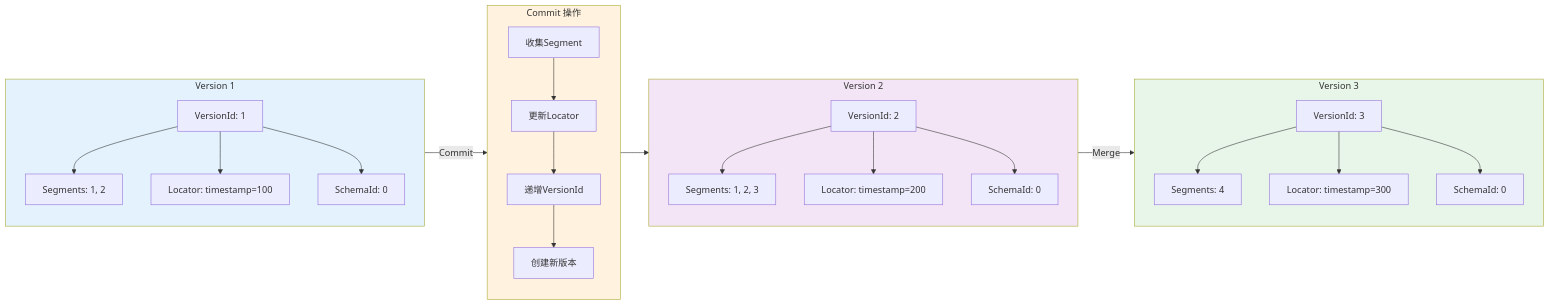
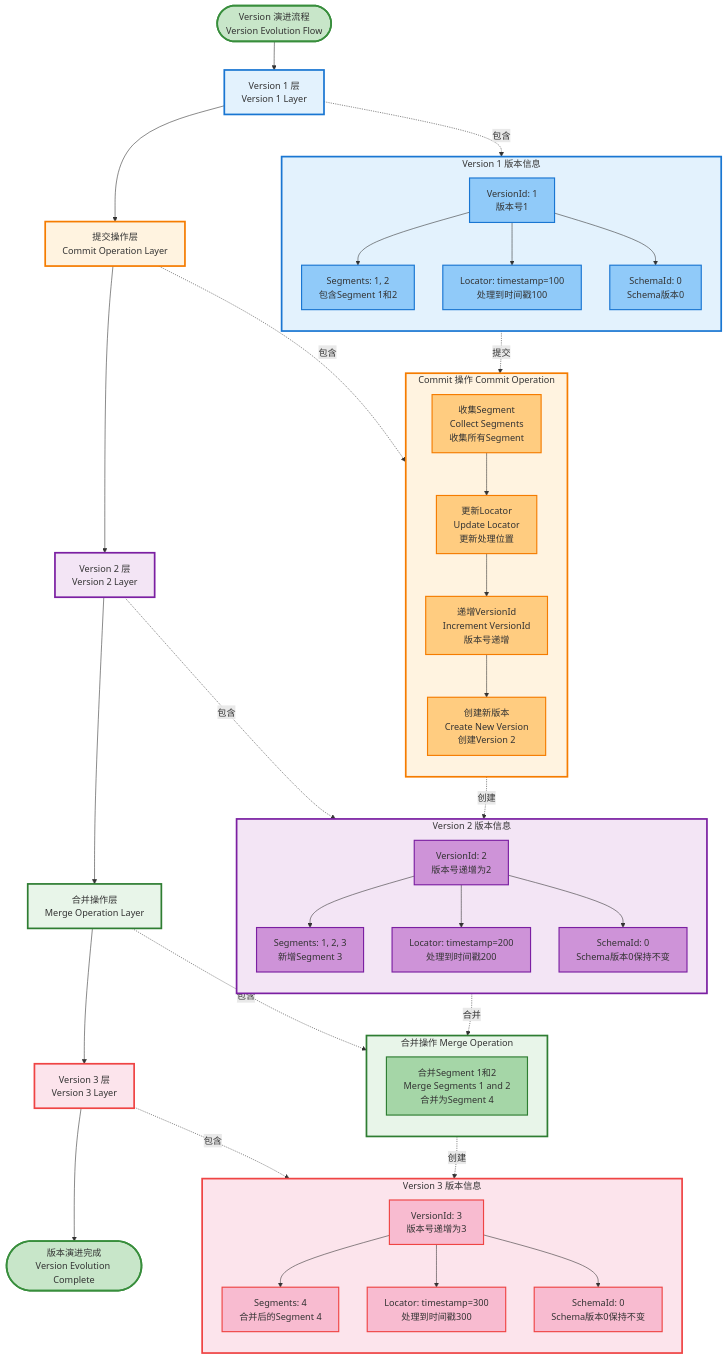
One commit to zhouzhilong-commits/zhouzhilong-commits.github.io changed the fifth of 27 diagrams in _posts/2025-06-24-indexlib-5-version-management.md. Above: the diagram before and after it, drawn with Mermaid. The commit also changed other lines of this file and 19 other files, not shown here.

````diff
--- a/_posts/2025-06-24-indexlib-5-version-management.md
+++ b/_posts/2025-06-24-indexlib-5-version-management.md
@@ -314,51 +404,104 @@
 ```mermaid
-flowchart LR
-    subgraph V1["Version 1"]
-        V1_ID[VersionId: 1]
-        V1_SEG[Segments: 1, 2]
-        V1_LOC[Locator: timestamp=100]
-        V1_SCHEMA[SchemaId: 0]
+flowchart TB
+    Start([Version 演进流程<br/>Version Evolution Flow]) --> V1Layer[Version 1 层<br/>Version 1 Layer]
+    
+    subgraph V1Group["Version 1 版本信息"]
+        direction TB
+        V1_ID[VersionId: 1<br/>版本号1]
+        V1_SEG[Segments: 1, 2<br/>包含Segment 1和2]
+        V1_LOC[Locator: timestamp=100<br/>处理到时间戳100]
+        V1_SCHEMA[SchemaId: 0<br/>Schema版本0]
         V1_ID --> V1_SEG
         V1_ID --> V1_LOC
         V1_ID --> V1_SCHEMA
     end
     
-    subgraph Commit["Commit 操作"]
-        C1[收集Segment]
-        C2[更新Locator]
-        C3[递增VersionId]
-        C4[创建新版本]
+    V1Layer --> CommitLayer[提交操作层<br/>Commit Operation Layer]
+    
+    subgraph CommitGroup["Commit 操作 Commit Operation"]
+        direction TB
+        C1[收集Segment<br/>Collect Segments<br/>收集所有Segment]
+        C2[更新Locator<br/>Update Locator<br/>更新处理位置]
+        C3[递增VersionId<br/>Increment VersionId<br/>版本号递增]
+        C4[创建新版本<br/>Create New Version<br/>创建Version 2]
         C1 --> C2
         C2 --> C3
         C3 --> C4
     end
     
-    subgraph V2["Version 2"]
-        V2_ID[VersionId: 2]
-        V2_SEG[Segments: 1, 2, 3]
-        V2_LOC[Locator: timestamp=200]
-        V2_SCHEMA[SchemaId: 0]
+    CommitLayer --> V2Layer[Version 2 层<br/>Version 2 Layer]
+    
+    subgraph V2Group["Version 2 版本信息"]
+        direction TB
+        V2_ID[VersionId: 2<br/>版本号递增为2]
+        V2_SEG[Segments: 1, 2, 3<br/>新增Segment 3]
+        V2_LOC[Locator: timestamp=200<br/>处理到时间戳200]
+        V2_SCHEMA[SchemaId: 0<br/>Schema版本0保持不变]
         V2_ID --> V2_SEG
         V2_ID --> V2_LOC
         V2_ID --> V2_SCHEMA
     end
     
-    subgraph V3["Version 3"]
-        V3_ID[VersionId: 3]
-        V3_SEG[Segments: 4]
-        V3_LOC[Locator: timestamp=300]
-        V3_SCHEMA[SchemaId: 0]
+    V2Layer --> MergeLayer[合并操作层<br/>Merge Operation Layer]
+    
+    subgraph MergeGroup["合并操作 Merge Operation"]
+        direction TB
+        M1[合并Segment 1和2<br/>Merge Segments 1 and 2<br/>合并为Segment 4]
+    end
+    
+    MergeLayer --> V3Layer[Version 3 层<br/>Version 3 Layer]
+    
+    subgraph V3Group["Version 3 版本信息"]
+        direction TB
+        V3_ID[VersionId: 3<br/>版本号递增为3]
+        V3_SEG[Segments: 4<br/>合并后的Segment 4]
+        V3_LOC[Locator: timestamp=300<br/>处理到时间戳300]
+        V3_SCHEMA[SchemaId: 0<br/>Schema版本0保持不变]
         V3_ID --> V3_SEG
         V3_ID --> V3_LOC
         V3_ID --> V3_SCHEMA
     end
     
-    V1 -->|Commit| Commit
-    Commit --> V2
-    V2 -->|Merge| V3
+    V3Layer --> End([版本演进完成<br/>Version Evolution Complete])
     
-    style V1 fill:#e3f2fd
-    style Commit fill:#fff3e0
-    style V2 fill:#f3e5f5
-    style V3 fill:#e8f5e9
+    V1Layer -.->|包含| V1Group
+    CommitLayer -.->|包含| CommitGroup
+    V2Layer -.->|包含| V2Group
+    MergeLayer -.->|包含| MergeGroup
+    V3Layer -.->|包含| V3Group
+    
+    V1Group -.->|提交| CommitGroup
+    CommitGroup -.->|创建| V2Group
+    V2Group -.->|合并| MergeGroup
+    MergeGroup -.->|创建| V3Group
+    
+    style Start fill:#c8e6c9,stroke:#388e3c,stroke-width:3px
+    style End fill:#c8e6c9,stroke:#388e3c,stroke-width:3px
+    style V1Layer fill:#e3f2fd,stroke:#1976d2,stroke-width:3px
+    style CommitLayer fill:#fff3e0,stroke:#f57c00,stroke-width:3px
+    style V2Layer fill:#f3e5f5,stroke:#7b1fa2,stroke-width:3px
+    style MergeLayer fill:#e8f5e9,stroke:#2e7d32,stroke-width:3px
+    style V3Layer fill:#fce4ec,stroke:#ef4444,stroke-width:3px
+    style V1Group fill:#e3f2fd,stroke:#1976d2,stroke-width:3px
+    style V1_ID fill:#90caf9,stroke:#1976d2,stroke-width:2px
+    style V1_SEG fill:#90caf9,stroke:#1976d2,stroke-width:2px
+    style V1_LOC fill:#90caf9,stroke:#1976d2,stroke-width:2px
+    style V1_SCHEMA fill:#90caf9,stroke:#1976d2,stroke-width:2px
+    style CommitGroup fill:#fff3e0,stroke:#f57c00,stroke-width:3px
+    style C1 fill:#ffcc80,stroke:#f57c00,stroke-width:2px
+    style C2 fill:#ffcc80,stroke:#f57c00,stroke-width:2px
+    style C3 fill:#ffcc80,stroke:#f57c00,stroke-width:2px
+    style C4 fill:#ffcc80,stroke:#f57c00,stroke-width:2px
+    style V2Group fill:#f3e5f5,stroke:#7b1fa2,stroke-width:3px
+    style V2_ID fill:#ce93d8,stroke:#7b1fa2,stroke-width:2px
+    style V2_SEG fill:#ce93d8,stroke:#7b1fa2,stroke-width:2px
+    style V2_LOC fill:#ce93d8,stroke:#7b1fa2,stroke-width:2px
+    style V2_SCHEMA fill:#ce93d8,stroke:#7b1fa2,stroke-width:2px
+    style MergeGroup fill:#e8f5e9,stroke:#2e7d32,stroke-width:3px
+    style M1 fill:#a5d6a7,stroke:#2e7d32,stroke-width:2px
+    style V3Group fill:#fce4ec,stroke:#ef4444,stroke-width:3px
+    style V3_ID fill:#f8bbd0,stroke:#ef4444,stroke-width:2px
+    style V3_SEG fill:#f8bbd0,stroke:#ef4444,stroke-width:2px
+    style V3_LOC fill:#f8bbd0,stroke:#ef4444,stroke-width:2px
+    style V3_SCHEMA fill:#f8bbd0,stroke:#ef4444,stroke-width:2px
 ```
````
